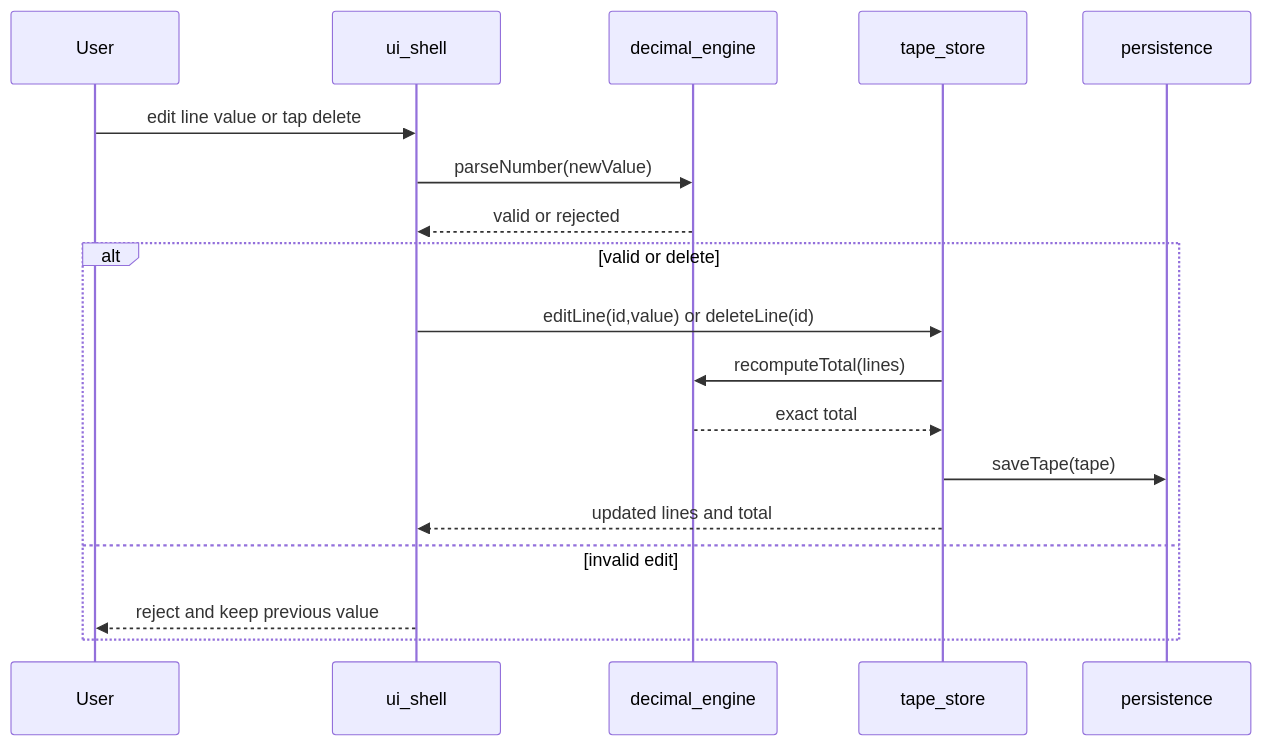
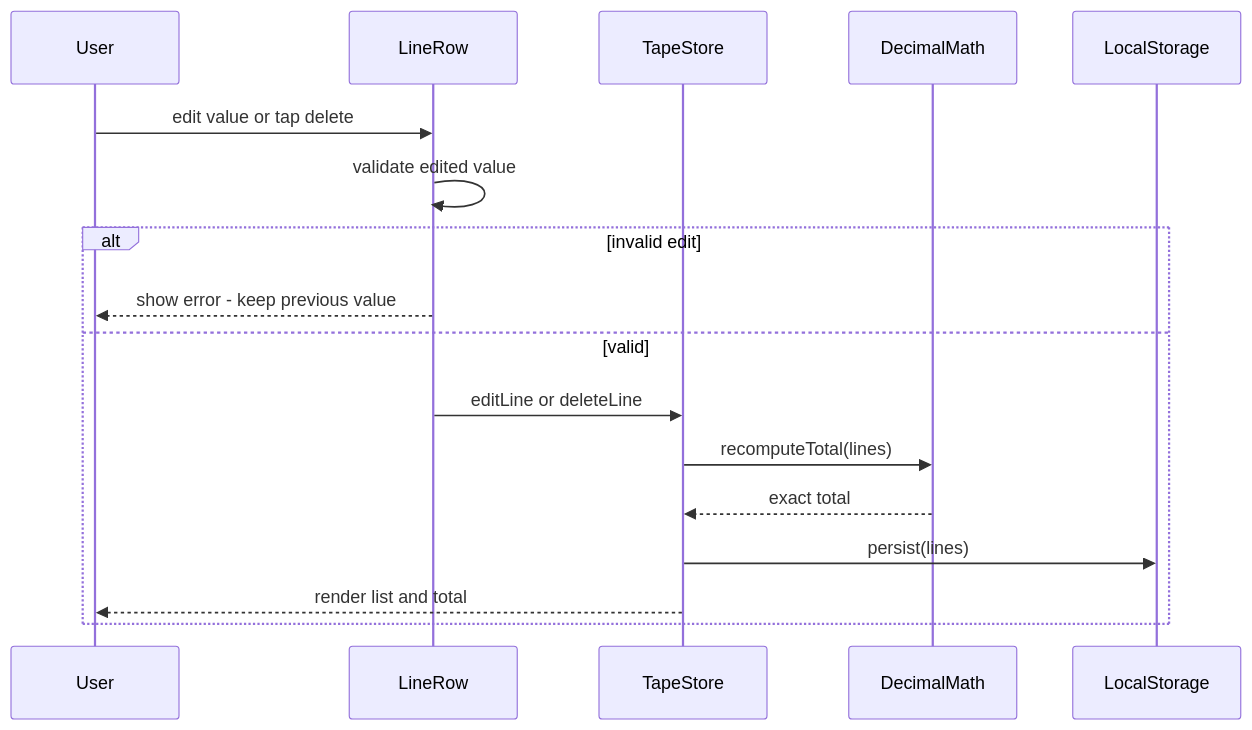
One commit to satya1802/simple-addition changed the third of 5 diagrams in docs/sdlc/architecture/README.md. Above: the diagram before and after it, drawn with Mermaid. The commit also changed other lines of this file and 11 other files, not shown here.

````diff
--- a/docs/sdlc/architecture/README.md
+++ b/docs/sdlc/architecture/README.md
@@ -157,20 +196,19 @@
 ```mermaid
 sequenceDiagram
   participant U as User
-  participant UI as ui_shell
-  participant D as decimal_engine
-  participant S as tape_store
-  participant P as persistence
-  U->>UI: edit line value or tap delete
-  UI->>D: parseNumber(newValue)
-  D-->>UI: valid or rejected
-  alt valid or delete
-    UI->>S: editLine(id,value) or deleteLine(id)
-    S->>D: recomputeTotal(lines)
-    D-->>S: exact total
-    S->>P: saveTape(tape)
-    S-->>UI: updated lines and total
-  else invalid edit
-    UI-->>U: reject and keep previous value
+  participant R as LineRow
+  participant S as TapeStore
+  participant M as DecimalMath
+  participant P as LocalStorage
+  U->>R: edit value or tap delete
+  R->>R: validate edited value
+  alt invalid edit
+    R-->>U: show error - keep previous value
+  else valid
+    R->>S: editLine or deleteLine
+    S->>M: recomputeTotal(lines)
+    M-->>S: exact total
+    S->>P: persist(lines)
+    S-->>U: render list and total
   end
 ```
````
